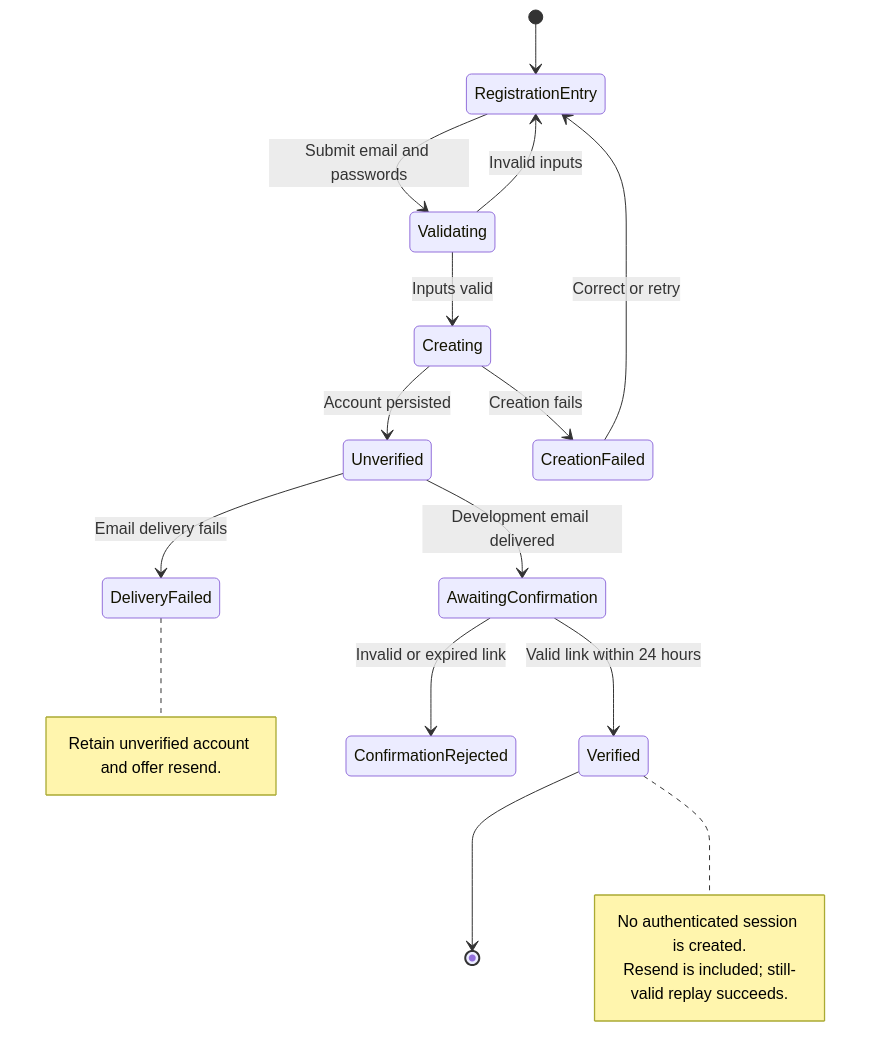
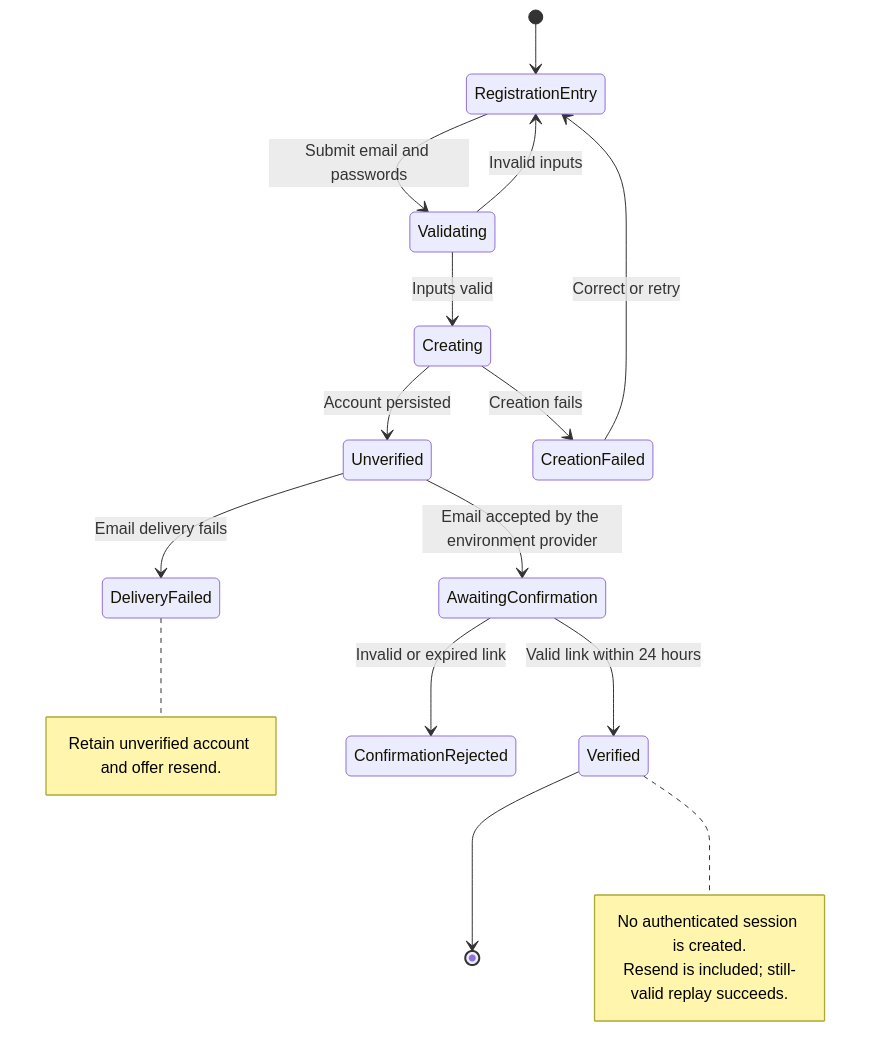
The diagram in docs/v1.0/use_cases/UC-001_create-a-user-account/states.md (juliantiu/personal-finance), drawn with Mermaid before and after one commit. The commit also changed 35 other files, not shown here.

````diff
--- a/docs/v1.0/use_cases/UC-001_create-a-user-account/states.md
+++ b/docs/v1.0/use_cases/UC-001_create-a-user-account/states.md
@@ -7,22 +7,22 @@
 ```mermaid
 stateDiagram-v2
     [*] --> RegistrationEntry
     RegistrationEntry --> Validating: Submit email and passwords
     Validating --> RegistrationEntry: Invalid inputs
     Validating --> Creating: Inputs valid
     Creating --> Unverified: Account persisted
     Creating --> CreationFailed: Creation fails
     CreationFailed --> RegistrationEntry: Correct or retry
-    Unverified --> AwaitingConfirmation: Development email delivered
+    Unverified --> AwaitingConfirmation: Email accepted by the environment provider
     Unverified --> DeliveryFailed: Email delivery fails
     AwaitingConfirmation --> Verified: Valid link within 24 hours
     AwaitingConfirmation --> ConfirmationRejected: Invalid or expired link
     Verified --> [*]
     note right of DeliveryFailed
         Retain unverified account and offer resend.
     end note
     note right of Verified
         No authenticated session is created.
         Resend is included; still-valid replay succeeds.
     end note
 ```
````
